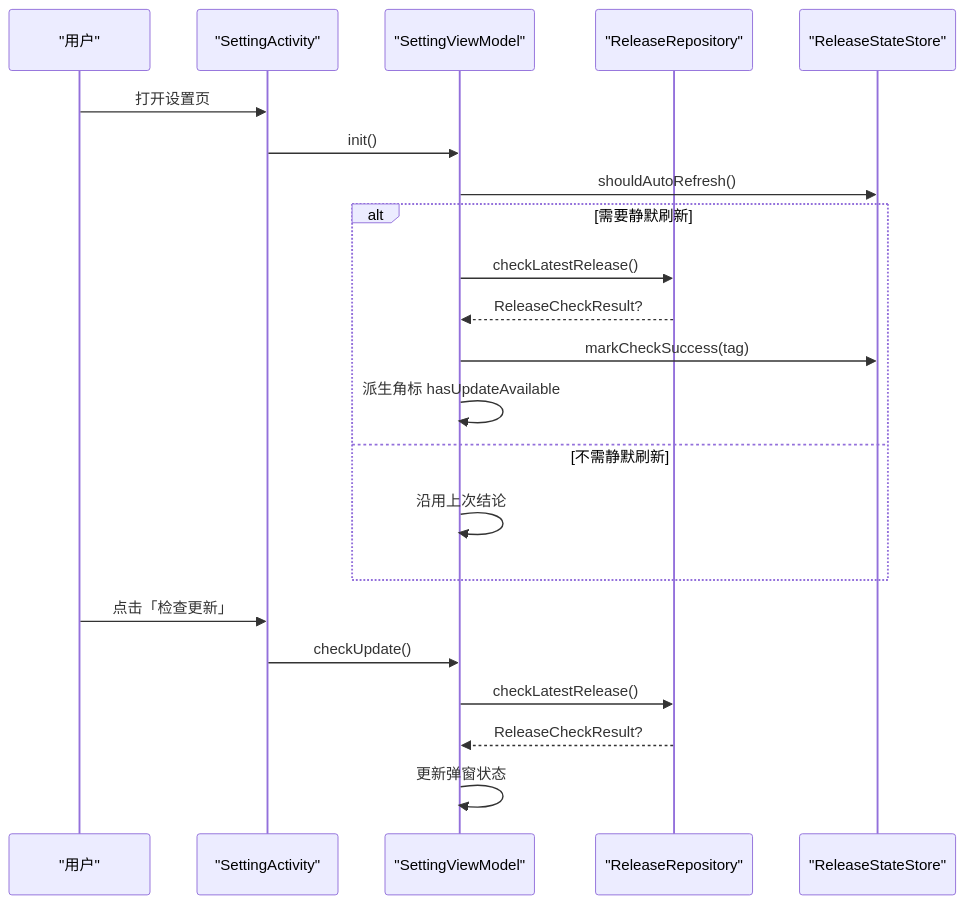
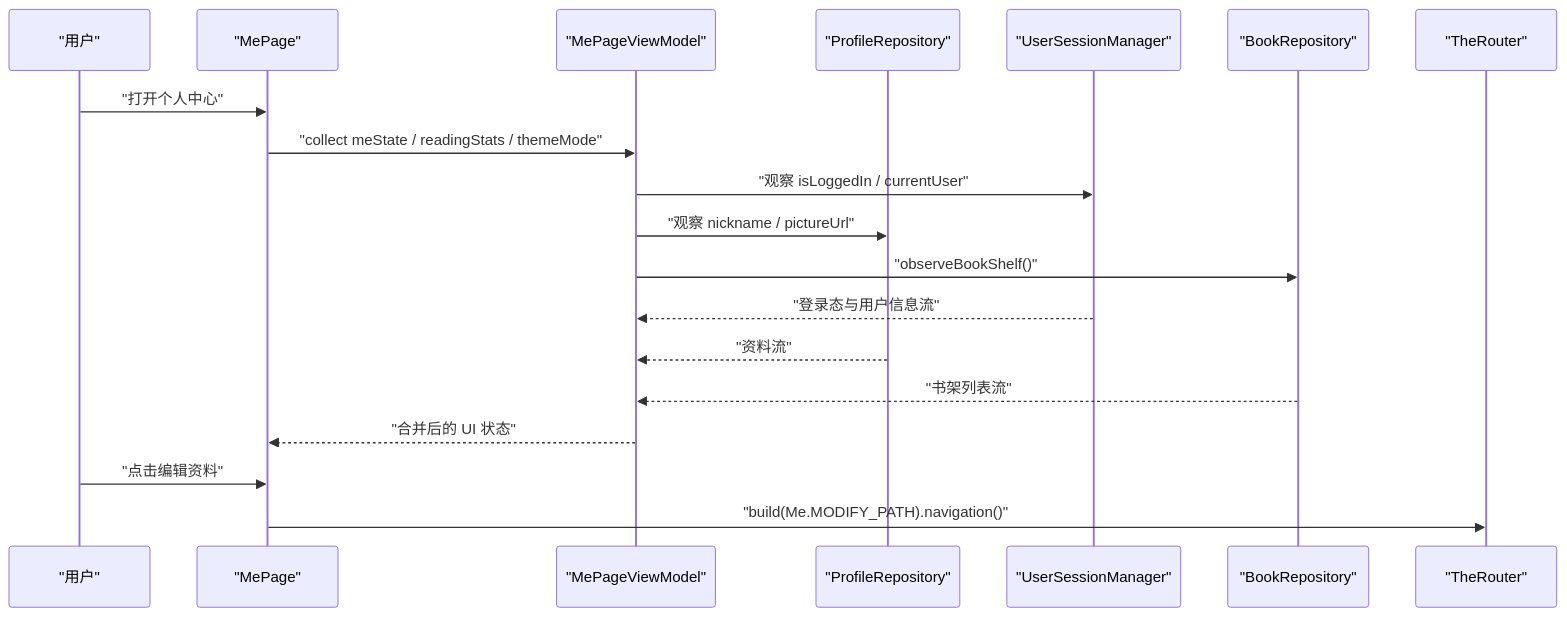
The second of 8 diagrams in .qoder/repowiki/zh/content/核心模块/个人中心模块 (module_me)/个人中心模块 (module_me).md (xrn1997/android-ebook), drawn with Mermaid before and after one commit. The commit also changed other lines of this file and 456 other files, not shown here.

````diff
--- a/.qoder/repowiki/zh/content/核心模块/个人中心模块 (module_me)/个人中心模块 (module_me).md
+++ b/.qoder/repowiki/zh/content/核心模块/个人中心模块 (module_me)/个人中心模块 (module_me).md
@@ -123,25 +143,22 @@
 ```mermaid
 sequenceDiagram
-  participant U as "用户"
-  participant S as "SettingActivity"
-  participant VM as "SettingViewModel"
-  participant RR as "ReleaseRepository"
-  participant RS as "ReleaseStateStore"
+    participant User as "用户"
+    participant Page as "MePage"
+    participant VM as "MePageViewModel"
+    participant PR as "ProfileRepository"
+    participant USM as "UserSessionManager"
+    participant BR as "BookRepository"
+    participant Router as "TheRouter"
 
-  U->>S: 打开设置页
-  S->>VM: init()
-  VM->>RS: shouldAutoRefresh()
-  alt 需要静默刷新
-    VM->>RR: checkLatestRelease()
-    RR-->>VM: ReleaseCheckResult?
-    VM->>RS: markCheckSuccess(tag)
-    VM->>VM: 派生角标 hasUpdateAvailable
-  else 不需静默刷新
-    VM->>VM: 沿用上次结论
-  end
-  U->>S: 点击「检查更新」
-  S->>VM: checkUpdate()
-  VM->>RR: checkLatestRelease()
-  RR-->>VM: ReleaseCheckResult?
-  VM->>VM: 更新弹窗状态
+    User->>Page: "打开个人中心"
+    Page->>VM: "collect meState / readingStats / themeMode"
+    VM->>USM: "观察 isLoggedIn / currentUser"
+    VM->>PR: "观察 nickname / pictureUrl"
+    VM->>BR: "observeBookShelf()"
+    USM-->>VM: "登录态与用户信息流"
+    PR-->>VM: "资料流"
+    BR-->>VM: "书架列表流"
+    VM-->>Page: "合并后的 UI 状态"
+    User->>Page: "点击编辑资料"
+    Page->>Router: "build(Me.MODIFY_PATH).navigation()"
 ```
````
